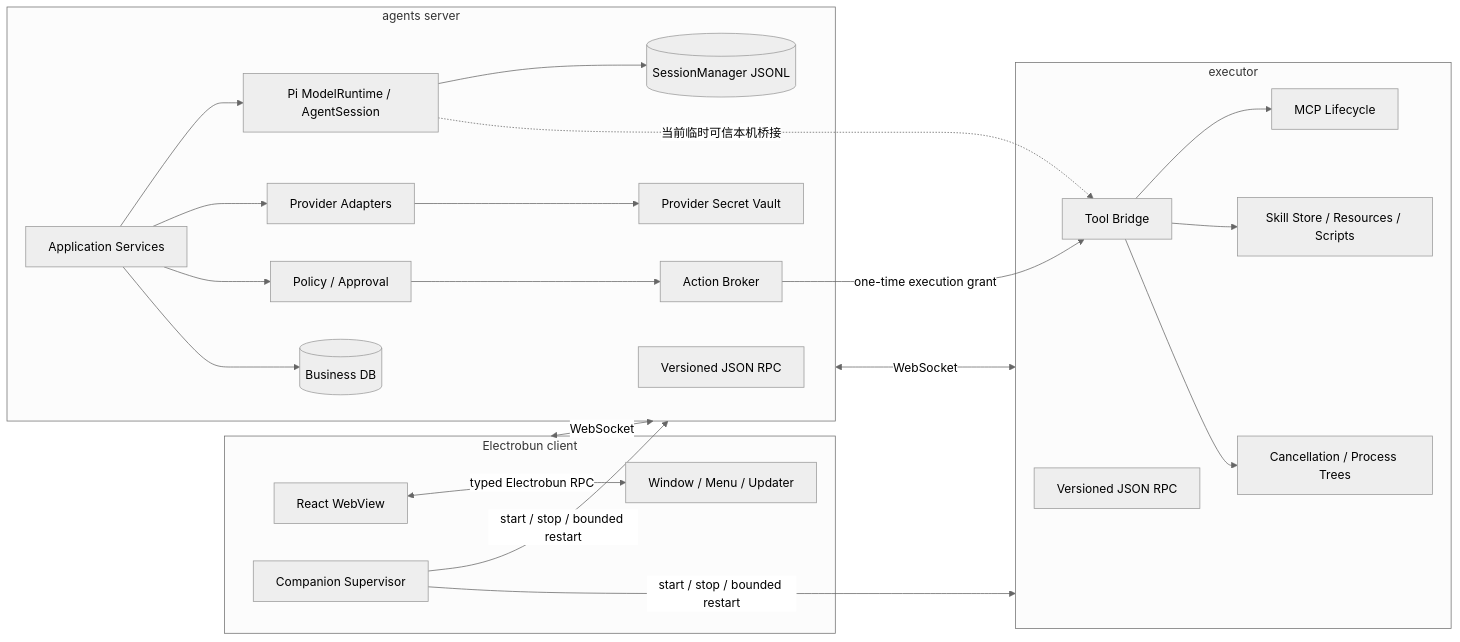
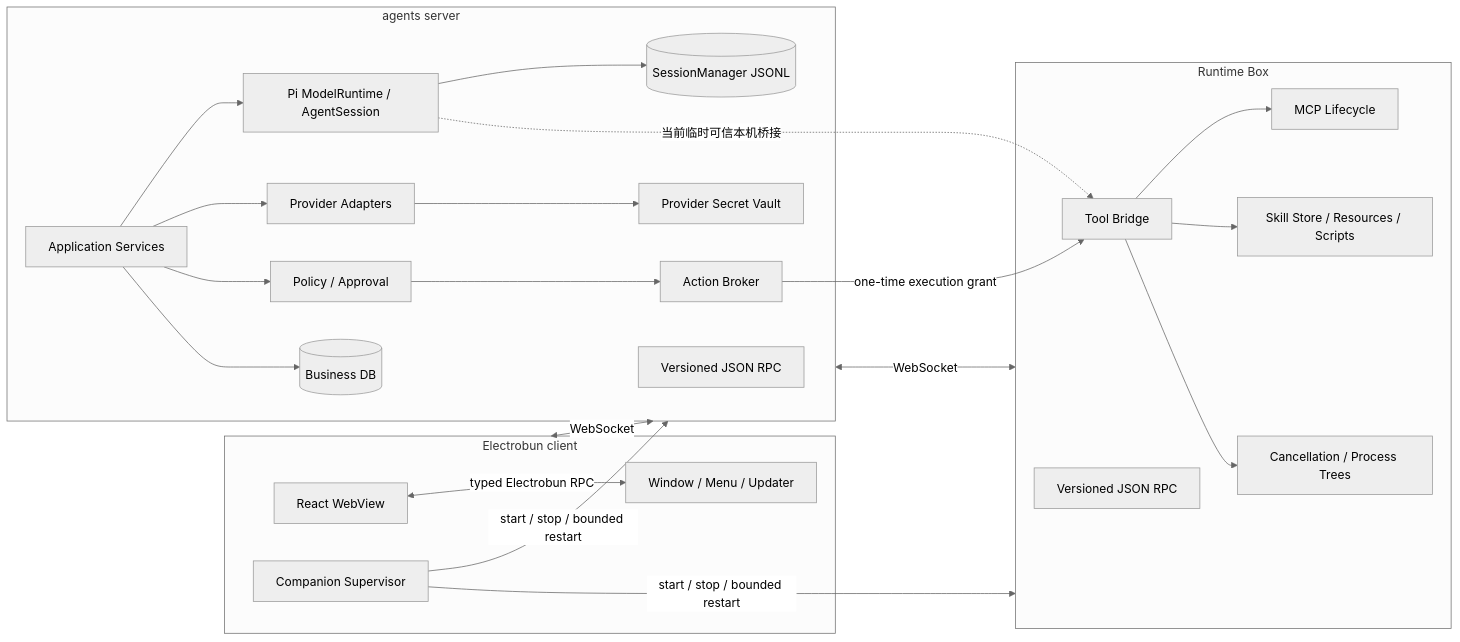
The first of 2 diagrams in docs/implementation/architecture.md (weivea/moshu), drawn with Mermaid (neutral theme) before and after one commit. The commit also changed other lines of this file and 164 other files, not shown here.

````diff
--- a/docs/implementation/architecture.md
+++ b/docs/implementation/architecture.md
@@ -33,47 +33,47 @@
 ```mermaid
 flowchart LR
     subgraph C[Electrobun client]
         UI[React WebView]
         DESKTOP[Window / Menu / Updater]
         SUP[Companion Supervisor]
         UI <-->|typed Electrobun RPC| DESKTOP
     end
 
     subgraph S[agents server]
         RPCS[Versioned JSON RPC]
         APP[Application Services]
         AGENT[Pi ModelRuntime / AgentSession]
         PROVIDER[Provider Adapters]
         POLICY[Policy / Approval]
         BROKER[Action Broker]
         DB[(Business DB)]
         CP[(SessionManager JSONL)]
         VAULT[Provider Secret Vault]
     end
 
-    subgraph E[executor]
+    subgraph E[Runtime Box]
         RPCE[Versioned JSON RPC]
         TOOLS[Tool Bridge]
         MCP[MCP Lifecycle]
         SKILLS[Skill Store / Resources / Scripts]
         PROC[Cancellation / Process Trees]
     end
 
     C <-->|WebSocket| S
     S <-->|WebSocket| E
     SUP -->|start / stop / bounded restart| S
     SUP -->|start / stop / bounded restart| E
 
     APP --> AGENT
     APP --> PROVIDER
     APP --> POLICY
     POLICY --> BROKER
     APP --> DB
     AGENT --> CP
     PROVIDER --> VAULT
     BROKER -->|one-time execution grant| TOOLS
     AGENT -.->|当前临时可信本机桥接| TOOLS
     TOOLS --> MCP
     TOOLS --> SKILLS
     TOOLS --> PROC
 ```
````
